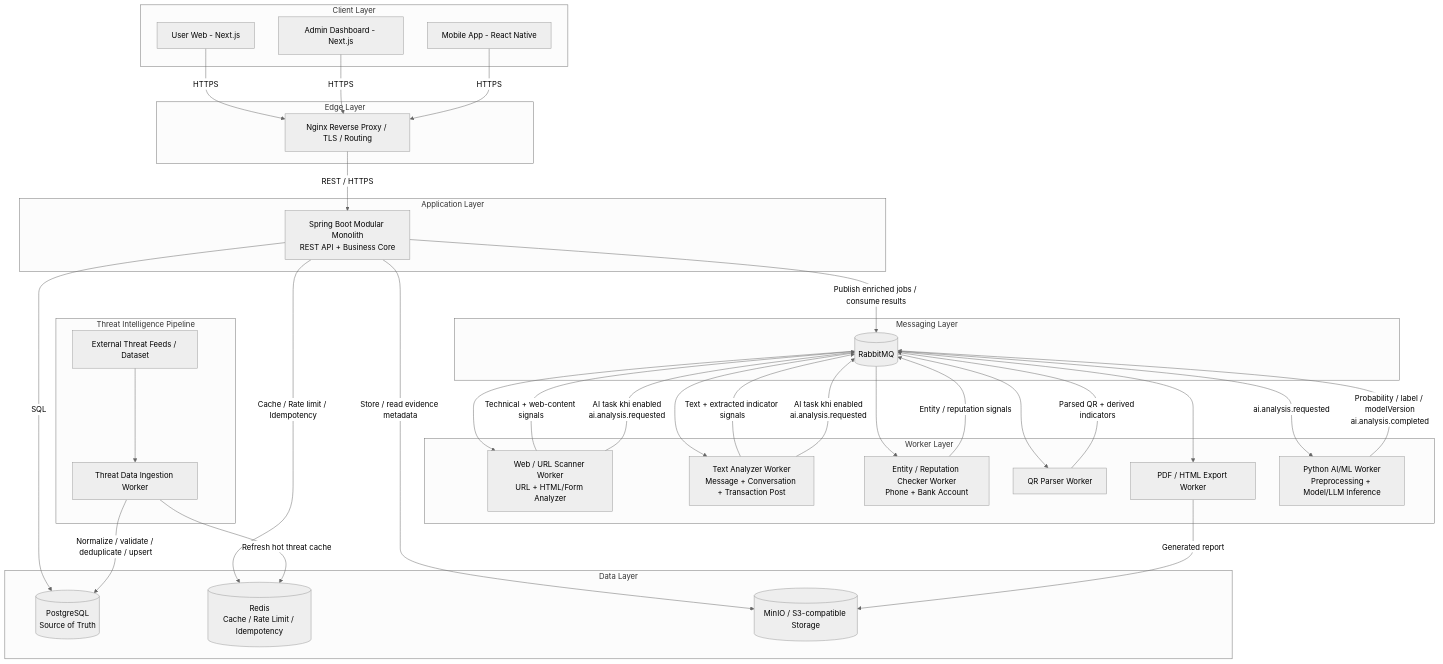
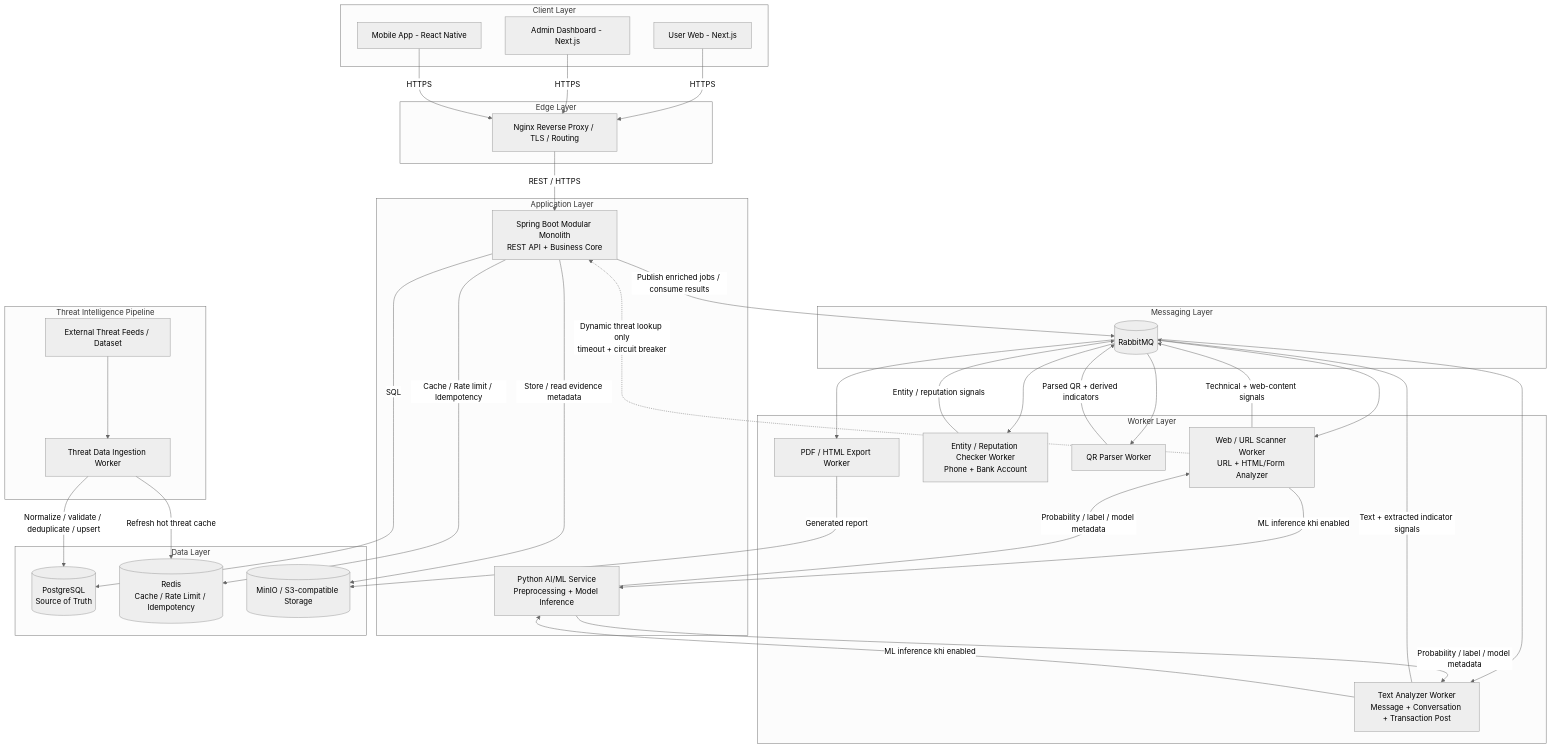
One commit to KLTN-2023-HCMSU/document changed the second of 11 diagrams in architectures/architecture_v3.1.md. Above: the diagram before and after it, drawn with Mermaid (neutral theme). The commit also changed other lines of this file and 24 other files, not shown here.

````diff
--- a/architectures/architecture_v3.1.md
+++ b/architectures/architecture_v3.1.md
@@ -131,71 +111,73 @@
 ```mermaid
 flowchart TB
     subgraph ClientLayer[Client Layer]
         UserWeb[User Web - Next.js]
         AdminWeb[Admin Dashboard - Next.js]
         Mobile[Mobile App - React Native]
     end
 
     subgraph EdgeLayer[Edge Layer]
         Nginx[Nginx Reverse Proxy / TLS / Routing]
     end
 
     subgraph ApplicationLayer[Application Layer]
         Backend[Spring Boot Modular Monolith\nREST API + Business Core]
+        AI[Python AI/ML Service\nPreprocessing + Model Inference]
     end
 
     subgraph MessagingLayer[Messaging Layer]
         MQ[(RabbitMQ)]
     end
 
     subgraph WorkerLayer[Worker Layer]
         WebWorker[Web / URL Scanner Worker\nURL + HTML/Form Analyzer]
         TextWorker[Text Analyzer Worker\nMessage + Conversation + Transaction Post]
         EntityWorker[Entity / Reputation Checker Worker\nPhone + Bank Account]
         QrWorker[QR Parser Worker]
         ExportWorker[PDF / HTML Export Worker]
-        AIWorker[Python AI/ML Worker\nPreprocessing + Model/LLM Inference]
     end
 
     subgraph ThreatPipeline[Threat Intelligence Pipeline]
         ThreatFeeds[External Threat Feeds / Dataset]
         IngestionWorker[Threat Data Ingestion Worker]
     end
 
     subgraph DataLayer[Data Layer]
         PG[(PostgreSQL\nSource of Truth)]
         Redis[(Redis\nCache / Rate Limit / Idempotency)]
         Storage[(MinIO / S3-compatible Storage)]
     end
 
     UserWeb -->|HTTPS| Nginx
     AdminWeb -->|HTTPS| Nginx
     Mobile -->|HTTPS| Nginx
     Nginx -->|REST / HTTPS| Backend
 
     Backend -->|SQL| PG
     Backend -->|Cache / Rate limit / Idempotency| Redis
     Backend -->|Publish enriched jobs / consume results| MQ
     Backend -->|Store / read evidence metadata| Storage
 
     MQ --> WebWorker
     MQ --> TextWorker
     MQ --> EntityWorker
     MQ --> QrWorker
     MQ --> ExportWorker
-    MQ -->|ai.analysis.requested| AIWorker
 
     WebWorker -->|Technical + web-content signals| MQ
     TextWorker -->|Text + extracted indicator signals| MQ
     EntityWorker -->|Entity / reputation signals| MQ
     QrWorker -->|Parsed QR + derived indicators| MQ
     ExportWorker -->|Generated report| Storage
 
-    WebWorker -->|AI task khi enabled<br/>ai.analysis.requested| MQ
-    TextWorker -->|AI task khi enabled<br/>ai.analysis.requested| MQ
-    AIWorker -->|Probability / label / modelVersion<br/>ai.analysis.completed| MQ
+    WebWorker -->|ML inference khi enabled| AI
+    TextWorker -->|ML inference khi enabled| AI
+    AI -->|Probability / label / model metadata| WebWorker
+    AI -->|Probability / label / model metadata| TextWorker
+
+    WebWorker -.->|Dynamic threat lookup only<br/>timeout + circuit breaker| Backend
 
     ThreatFeeds --> IngestionWorker
     IngestionWorker -->|Normalize / validate / deduplicate / upsert| PG
     IngestionWorker -->|Refresh hot threat cache| Redis
 ```
````
